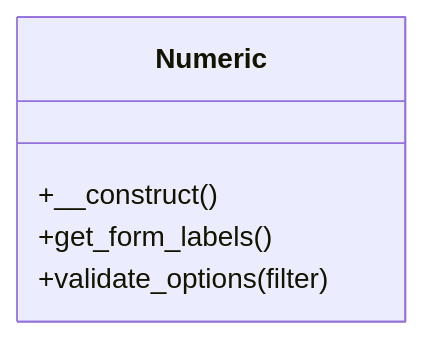
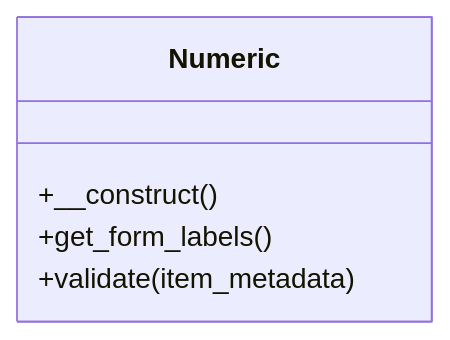
The diagram in docs/phpdoc/classes/Tainacan/Metadata_Types/Numeric.md (tainacan/tainacan), drawn with Mermaid before and after one commit. The commit also changed 84 other files, not shown here.

````diff
--- a/docs/phpdoc/classes/Tainacan/Metadata_Types/Numeric.md
+++ b/docs/phpdoc/classes/Tainacan/Metadata_Types/Numeric.md
@@ -12,9 +12,9 @@
 ```mermaid
 classDiagram
     direction TB
     class Numeric {
         +__construct()
         +get_form_labels()
-        +validate_options(filter)
+        +validate(item_metadata)
     }
 ```
````
